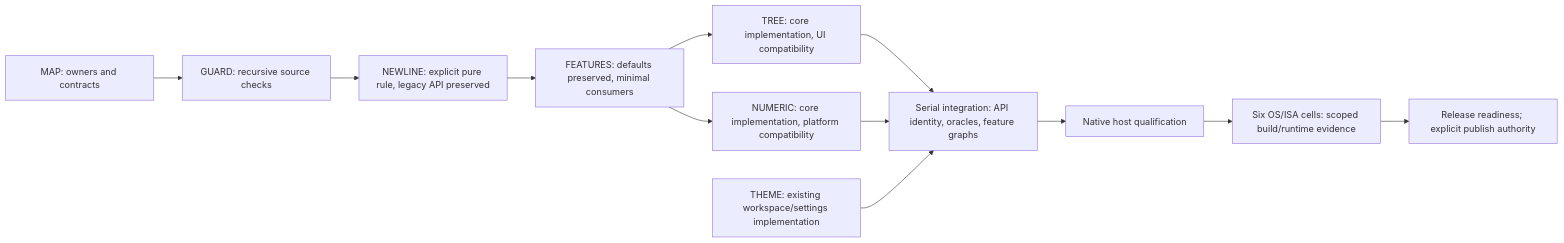
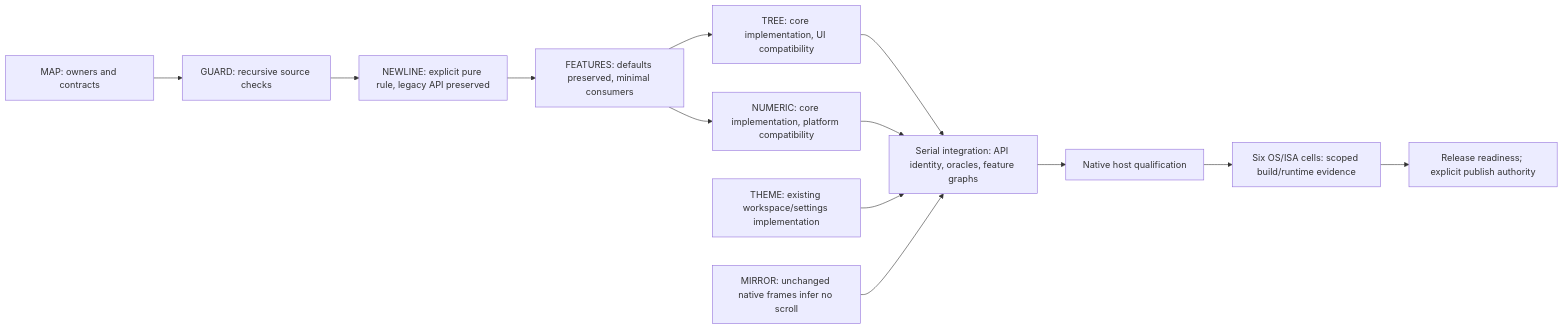
The diagram in plan/plan-v0.2.15.md (partnernetsoftware/minicon), drawn with Mermaid before and after one commit. The commit also changed other lines of this file and 4 other files, not shown here.

Commit message:
fix(console): reject phantom scroll and qualify native resize probes

````diff
--- a/plan/plan-v0.2.15.md
+++ b/plan/plan-v0.2.15.md
@@ -34,13 +36,14 @@
 ```mermaid
 flowchart LR
     M["MAP: owners and contracts"] --> G["GUARD: recursive source checks"]
     G --> NL["NEWLINE: explicit pure rule, legacy API preserved"]
     NL --> F["FEATURES: defaults preserved, minimal consumers"]
     F --> T["TREE: core implementation, UI compatibility"]
     F --> N["NUMERIC: core implementation, platform compatibility"]
     T & N --> V["Serial integration: API identity, oracles, feature graphs"]
     D["THEME: existing workspace/settings implementation"] --> V
+    B["MIRROR: unchanged native frames infer no scroll"] --> V
     V --> H["Native host qualification"]
     H --> X["Six OS/ISA cells: scoped build/runtime evidence"]
     X --> R["Release readiness; explicit publish authority"]
 ```
````
